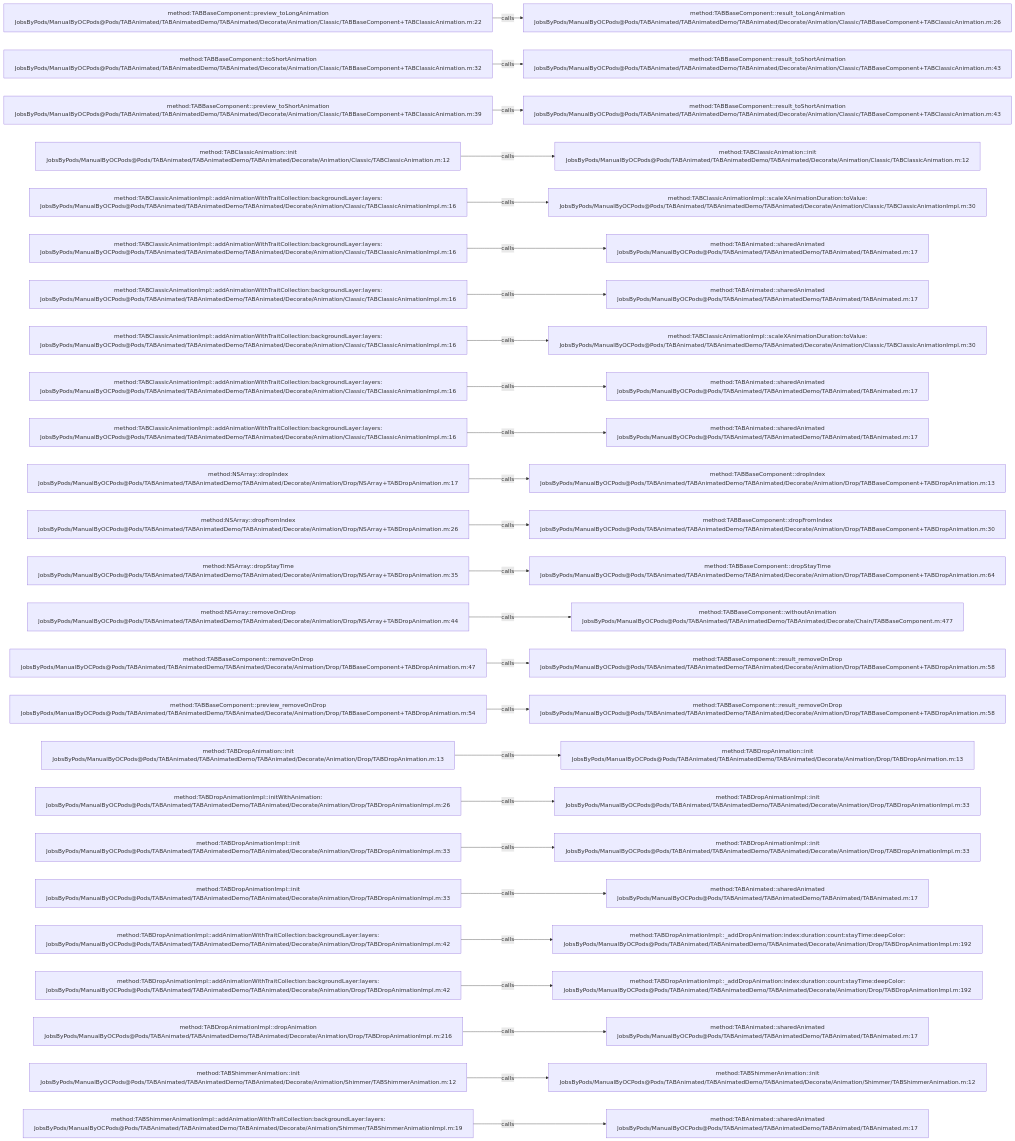
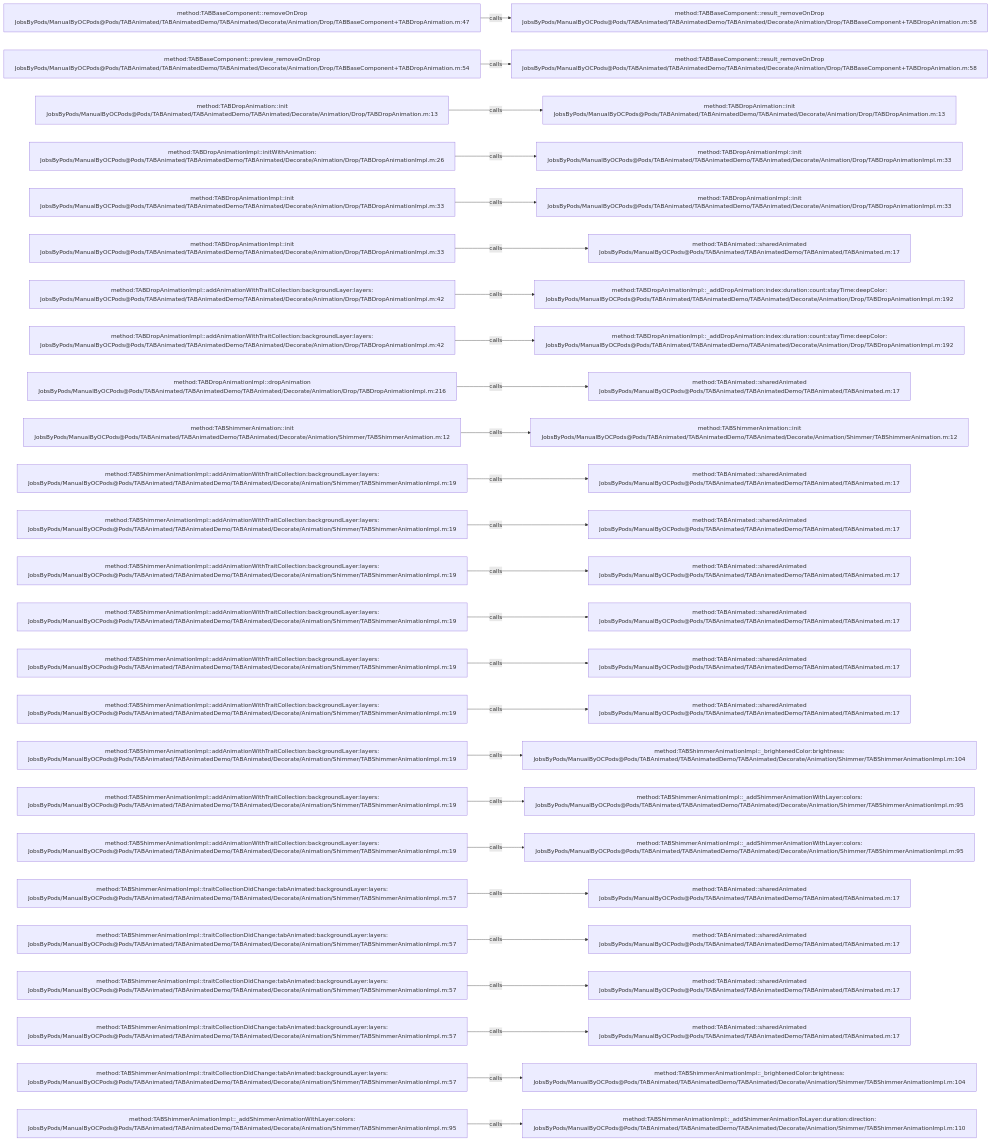
One commit to JobsKits/JobsOCBaseConfigDemo changed the diagram in .codegraph/codegraph.md/graphs/calls-030.md. Above: the diagram before and after it, drawn with Mermaid. The commit also changed 296 other files, not shown here.

````diff
--- a/.codegraph/codegraph.md/graphs/calls-030.md
+++ b/.codegraph/codegraph.md/graphs/calls-030.md
@@ -13,78 +13,78 @@
 ```mermaid
 flowchart LR
-  S1["method:TABBaseComponent::preview_toLongAnimation<br/>JobsByPods/ManualByOCPods@Pods/TABAnimated/TABAnimatedDemo/TABAnimated/Decorate/Animation/Classic/TABBaseComponent+TABClassicAnimation.m:22"]
-  T1["method:TABBaseComponent::result_toLongAnimation<br/>JobsByPods/ManualByOCPods@Pods/TABAnimated/TABAnimatedDemo/TABAnimated/Decorate/Animation/Classic/TABBaseComponent+TABClassicAnimation.m:26"]
+  S1["method:TABBaseComponent::removeOnDrop<br/>JobsByPods/ManualByOCPods@Pods/TABAnimated/TABAnimatedDemo/TABAnimated/Decorate/Animation/Drop/TABBaseComponent+TABDropAnimation.m:47"]
+  T1["method:TABBaseComponent::result_removeOnDrop<br/>JobsByPods/ManualByOCPods@Pods/TABAnimated/TABAnimatedDemo/TABAnimated/Decorate/Animation/Drop/TABBaseComponent+TABDropAnimation.m:58"]
   S1 -->|calls| T1
-  S2["method:TABBaseComponent::toShortAnimation<br/>JobsByPods/ManualByOCPods@Pods/TABAnimated/TABAnimatedDemo/TABAnimated/Decorate/Animation/Classic/TABBaseComponent+TABClassicAnimation.m:32"]
-  T2["method:TABBaseComponent::result_toShortAnimation<br/>JobsByPods/ManualByOCPods@Pods/TABAnimated/TABAnimatedDemo/TABAnimated/Decorate/Animation/Classic/TABBaseComponent+TABClassicAnimation.m:43"]
+  S2["method:TABBaseComponent::preview_removeOnDrop<br/>JobsByPods/ManualByOCPods@Pods/TABAnimated/TABAnimatedDemo/TABAnimated/Decorate/Animation/Drop/TABBaseComponent+TABDropAnimation.m:54"]
+  T2["method:TABBaseComponent::result_removeOnDrop<br/>JobsByPods/ManualByOCPods@Pods/TABAnimated/TABAnimatedDemo/TABAnimated/Decorate/Animation/Drop/TABBaseComponent+TABDropAnimation.m:58"]
   S2 -->|calls| T2
-  S3["method:TABBaseComponent::preview_toShortAnimation<br/>JobsByPods/ManualByOCPods@Pods/TABAnimated/TABAnimatedDemo/TABAnimated/Decorate/Animation/Classic/TABBaseComponent+TABClassicAnimation.m:39"]
-  T3["method:TABBaseComponent::result_toShortAnimation<br/>JobsByPods/ManualByOCPods@Pods/TABAnimated/TABAnimatedDemo/TABAnimated/Decorate/Animation/Classic/TABBaseComponent+TABClassicAnimation.m:43"]
+  S3["method:TABDropAnimation::init<br/>JobsByPods/ManualByOCPods@Pods/TABAnimated/TABAnimatedDemo/TABAnimated/Decorate/Animation/Drop/TABDropAnimation.m:13"]
+  T3["method:TABDropAnimation::init<br/>JobsByPods/ManualByOCPods@Pods/TABAnimated/TABAnimatedDemo/TABAnimated/Decorate/Animation/Drop/TABDropAnimation.m:13"]
   S3 -->|calls| T3
-  S4["method:TABClassicAnimation::init<br/>JobsByPods/ManualByOCPods@Pods/TABAnimated/TABAnimatedDemo/TABAnimated/Decorate/Animation/Classic/TABClassicAnimation.m:12"]
-  T4["method:TABClassicAnimation::init<br/>JobsByPods/ManualByOCPods@Pods/TABAnimated/TABAnimatedDemo/TABAnimated/Decorate/Animation/Classic/TABClassicAnimation.m:12"]
+  S4["method:TABDropAnimationImpl::initWithAnimation:<br/>JobsByPods/ManualByOCPods@Pods/TABAnimated/TABAnimatedDemo/TABAnimated/Decorate/Animation/Drop/TABDropAnimationImpl.m:26"]
+  T4["method:TABDropAnimationImpl::init<br/>JobsByPods/ManualByOCPods@Pods/TABAnimated/TABAnimatedDemo/TABAnimated/Decorate/Animation/Drop/TABDropAnimationImpl.m:33"]
   S4 -->|calls| T4
-  S5["method:TABClassicAnimationImpl::addAnimationWithTraitCollection:backgroundLayer:layers:<br/>JobsByPods/ManualByOCPods@Pods/TABAnimated/TABAnimatedDemo/TABAnimated/Decorate/Animation/Classic/TABClassicAnimationImpl.m:16"]
-  T5["method:TABClassicAnimationImpl::scaleXAnimationDuration:toValue:<br/>JobsByPods/ManualByOCPods@Pods/TABAnimated/TABAnimatedDemo/TABAnimated/Decorate/Animation/Classic/TABClassicAnimationImpl.m:30"]
+  S5["method:TABDropAnimationImpl::init<br/>JobsByPods/ManualByOCPods@Pods/TABAnimated/TABAnimatedDemo/TABAnimated/Decorate/Animation/Drop/TABDropAnimationImpl.m:33"]
+  T5["method:TABDropAnimationImpl::init<br/>JobsByPods/ManualByOCPods@Pods/TABAnimated/TABAnimatedDemo/TABAnimated/Decorate/Animation/Drop/TABDropAnimationImpl.m:33"]
   S5 -->|calls| T5
-  S6["method:TABClassicAnimationImpl::addAnimationWithTraitCollection:backgroundLayer:layers:<br/>JobsByPods/ManualByOCPods@Pods/TABAnimated/TABAnimatedDemo/TABAnimated/Decorate/Animation/Classic/TABClassicAnimationImpl.m:16"]
+  S6["method:TABDropAnimationImpl::init<br/>JobsByPods/ManualByOCPods@Pods/TABAnimated/TABAnimatedDemo/TABAnimated/Decorate/Animation/Drop/TABDropAnimationImpl.m:33"]
   T6["method:TABAnimated::sharedAnimated<br/>JobsByPods/ManualByOCPods@Pods/TABAnimated/TABAnimatedDemo/TABAnimated/TABAnimated.m:17"]
   S6 -->|calls| T6
-  S7["method:TABClassicAnimationImpl::addAnimationWithTraitCollection:backgroundLayer:layers:<br/>JobsByPods/ManualByOCPods@Pods/TABAnimated/TABAnimatedDemo/TABAnimated/Decorate/Animation/Classic/TABClassicAnimationImpl.m:16"]
-  T7["method:TABAnimated::sharedAnimated<br/>JobsByPods/ManualByOCPods@Pods/TABAnimated/TABAnimatedDemo/TABAnimated/TABAnimated.m:17"]
+  S7["method:TABDropAnimationImpl::addAnimationWithTraitCollection:backgroundLayer:layers:<br/>JobsByPods/ManualByOCPods@Pods/TABAnimated/TABAnimatedDemo/TABAnimated/Decorate/Animation/Drop/TABDropAnimationImpl.m:42"]
+  T7["method:TABDropAnimationImpl::_addDropAnimation:index:duration:count:stayTime:deepColor:<br/>JobsByPods/ManualByOCPods@Pods/TABAnimated/TABAnimatedDemo/TABAnimated/Decorate/Animation/Drop/TABDropAnimationImpl.m:192"]
   S7 -->|calls| T7
-  S8["method:TABClassicAnimationImpl::addAnimationWithTraitCollection:backgroundLayer:layers:<br/>JobsByPods/ManualByOCPods@Pods/TABAnimated/TABAnimatedDemo/TABAnimated/Decorate/Animation/Classic/TABClassicAnimationImpl.m:16"]
-  T8["method:TABClassicAnimationImpl::scaleXAnimationDuration:toValue:<br/>JobsByPods/ManualByOCPods@Pods/TABAnimated/TABAnimatedDemo/TABAnimated/Decorate/Animation/Classic/TABClassicAnimationImpl.m:30"]
+  S8["method:TABDropAnimationImpl::addAnimationWithTraitCollection:backgroundLayer:layers:<br/>JobsByPods/ManualByOCPods@Pods/TABAnimated/TABAnimatedDemo/TABAnimated/Decorate/Animation/Drop/TABDropAnimationImpl.m:42"]
+  T8["method:TABDropAnimationImpl::_addDropAnimation:index:duration:count:stayTime:deepColor:<br/>JobsByPods/ManualByOCPods@Pods/TABAnimated/TABAnimatedDemo/TABAnimated/Decorate/Animation/Drop/TABDropAnimationImpl.m:192"]
   S8 -->|calls| T8
-  S9["method:TABClassicAnimationImpl::addAnimationWithTraitCollection:backgroundLayer:layers:<br/>JobsByPods/ManualByOCPods@Pods/TABAnimated/TABAnimatedDemo/TABAnimated/Decorate/Animation/Classic/TABClassicAnimationImpl.m:16"]
+  S9["method:TABDropAnimationImpl::dropAnimation<br/>JobsByPods/ManualByOCPods@Pods/TABAnimated/TABAnimatedDemo/TABAnimated/Decorate/Animation/Drop/TABDropAnimationImpl.m:216"]
   T9["method:TABAnimated::sharedAnimated<br/>JobsByPods/ManualByOCPods@Pods/TABAnimated/TABAnimatedDemo/TABAnimated/TABAnimated.m:17"]
   S9 -->|calls| T9
-  S10["method:TABClassicAnimationImpl::addAnimationWithTraitCollection:backgroundLayer:layers:<br/>JobsByPods/ManualByOCPods@Pods/TABAnimated/TABAnimatedDemo/TABAnimated/Decorate/Animation/Classic/TABClassicAnimationImpl.m:16"]
-  T10["method:TABAnimated::sharedAnimated<br/>JobsByPods/ManualByOCPods@Pods/TABAnimated/TABAnimatedDemo/TABAnimated/TABAnimated.m:17"]
+  S10["method:TABShimmerAnimation::init<br/>JobsByPods/ManualByOCPods@Pods/TABAnimated/TABAnimatedDemo/TABAnimated/Decorate/Animation/Shimmer/TABShimmerAnimation.m:12"]
+  T10["method:TABShimmerAnimation::init<br/>JobsByPods/ManualByOCPods@Pods/TABAnimated/TABAnimatedDemo/TABAnimated/Decorate/Animation/Shimmer/TABShimmerAnimation.m:12"]
   S10 -->|calls| T10
-  S11["method:NSArray::dropIndex<br/>JobsByPods/ManualByOCPods@Pods/TABAnimated/TABAnimatedDemo/TABAnimated/Decorate/Animation/Drop/NSArray+TABDropAnimation.m:17"]
-  T11["method:TABBaseComponent::dropIndex<br/>JobsByPods/ManualByOCPods@Pods/TABAnimated/TABAnimatedDemo/TABAnimated/Decorate/Animation/Drop/TABBaseComponent+TABDropAnimation.m:13"]
+  S11["method:TABShimmerAnimationImpl::addAnimationWithTraitCollection:backgroundLayer:layers:<br/>JobsByPods/ManualByOCPods@Pods/TABAnimated/TABAnimatedDemo/TABAnimated/Decorate/Animation/Shimmer/TABShimmerAnimationImpl.m:19"]
+  T11["method:TABAnimated::sharedAnimated<br/>JobsByPods/ManualByOCPods@Pods/TABAnimated/TABAnimatedDemo/TABAnimated/TABAnimated.m:17"]
   S11 -->|calls| T11
-  S12["method:NSArray::dropFromIndex<br/>JobsByPods/ManualByOCPods@Pods/TABAnimated/TABAnimatedDemo/TABAnimated/Decorate/Animation/Drop/NSArray+TABDropAnimation.m:26"]
-  T12["method:TABBaseComponent::dropFromIndex<br/>JobsByPods/ManualByOCPods@Pods/TABAnimated/TABAnimatedDemo/TABAnimated/Decorate/Animation/Drop/TABBaseComponent+TABDropAnimation.m:30"]
+  S12["method:TABShimmerAnimationImpl::addAnimationWithTraitCollection:backgroundLayer:layers:<br/>JobsByPods/ManualByOCPods@Pods/TABAnimated/TABAnimatedDemo/TABAnimated/Decorate/Animation/Shimmer/TABShimmerAnimationImpl.m:19"]
+  T12["method:TABAnimated::sharedAnimated<br/>JobsByPods/ManualByOCPods@Pods/TABAnimated/TABAnimatedDemo/TABAnimated/TABAnimated.m:17"]
   S12 -->|calls| T12
-  S13["method:NSArray::dropStayTime<br/>JobsByPods/ManualByOCPods@Pods/TABAnimated/TABAnimatedDemo/TABAnimated/Decorate/Animation/Drop/NSArray+TABDropAnimation.m:35"]
-  T13["method:TABBaseComponent::dropStayTime<br/>JobsByPods/ManualByOCPods@Pods/TABAnimated/TABAnimatedDemo/TABAnimated/Decorate/Animation/Drop/TABBaseComponent+TABDropAnimation.m:64"]
+  S13["method:TABShimmerAnimationImpl::addAnimationWithTraitCollection:backgroundLayer:layers:<br/>JobsByPods/ManualByOCPods@Pods/TABAnimated/TABAnimatedDemo/TABAnimated/Decorate/Animation/Shimmer/TABShimmerAnimationImpl.m:19"]
+  T13["method:TABAnimated::sharedAnimated<br/>JobsByPods/ManualByOCPods@Pods/TABAnimated/TABAnimatedDemo/TABAnimated/TABAnimated.m:17"]
   S13 -->|calls| T13
-  S14["method:NSArray::removeOnDrop<br/>JobsByPods/ManualByOCPods@Pods/TABAnimated/TABAnimatedDemo/TABAnimated/Decorate/Animation/Drop/NSArray+TABDropAnimation.m:44"]
-  T14["method:TABBaseComponent::withoutAnimation<br/>JobsByPods/ManualByOCPods@Pods/TABAnimated/TABAnimatedDemo/TABAnimated/Decorate/Chain/TABBaseComponent.m:477"]
+  S14["method:TABShimmerAnimationImpl::addAnimationWithTraitCollection:backgroundLayer:layers:<br/>JobsByPods/ManualByOCPods@Pods/TABAnimated/TABAnimatedDemo/TABAnimated/Decorate/Animation/Shimmer/TABShimmerAnimationImpl.m:19"]
+  T14["method:TABAnimated::sharedAnimated<br/>JobsByPods/ManualByOCPods@Pods/TABAnimated/TABAnimatedDemo/TABAnimated/TABAnimated.m:17"]
   S14 -->|calls| T14
-  S15["method:TABBaseComponent::removeOnDrop<br/>JobsByPods/ManualByOCPods@Pods/TABAnimated/TABAnimatedDemo/TABAnimated/Decorate/Animation/Drop/TABBaseComponent+TABDropAnimation.m:47"]
-  T15["method:TABBaseComponent::result_removeOnDrop<br/>JobsByPods/ManualByOCPods@Pods/TABAnimated/TABAnimatedDemo/TABAnimated/Decorate/Animation/Drop/TABBaseComponent+TABDropAnimation.m:58"]
+  S15["method:TABShimmerAnimationImpl::addAnimationWithTraitCollection:backgroundLayer:layers:<br/>JobsByPods/ManualByOCPods@Pods/TABAnimated/TABAnimatedDemo/TABAnimated/Decorate/Animation/Shimmer/TABShimmerAnimationImpl.m:19"]
+  T15["method:TABAnimated::sharedAnimated<br/>JobsByPods/ManualByOCPods@Pods/TABAnimated/TABAnimatedDemo/TABAnimated/TABAnimated.m:17"]
   S15 -->|calls| T15
-  S16["method:TABBaseComponent::preview_removeOnDrop<br/>JobsByPods/ManualByOCPods@Pods/TABAnimated/TABAnimatedDemo/TABAnimated/Decorate/Animation/Drop/TABBaseComponent+TABDropAnimation.m:54"]
-  T16["method:TABBaseComponent::result_removeOnDrop<br/>JobsByPods/ManualByOCPods@Pods/TABAnimated/TABAnimatedDemo/TABAnimated/Decorate/Animation/Drop/TABBaseComponent+TABDropAnimation.m:58"]
+  S16["method:TABShimmerAnimationImpl::addAnimationWithTraitCollection:backgroundLayer:layers:<br/>JobsByPods/ManualByOCPods@Pods/TABAnimated/TABAnimatedDemo/TABAnimated/Decorate/Animation/Shimmer/TABShimmerAnimationImpl.m:19"]
+  T16["method:TABAnimated::sharedAnimated<br/>JobsByPods/ManualByOCPods@Pods/TABAnimated/TABAnimatedDemo/TABAnimated/TABAnimated.m:17"]
   S16 -->|calls| T16
-  S17["method:TABDropAnimation::init<br/>JobsByPods/ManualByOCPods@Pods/TABAnimated/TABAnimatedDemo/TABAnimated/Decorate/Animation/Drop/TABDropAnimation.m:13"]
-  T17["method:TABDropAnimation::init<br/>JobsByPods/ManualByOCPods@Pods/TABAnimated/TABAnimatedDemo/TABAnimated/Decorate/Animation/Drop/TABDropAnimation.m:13"]
+  S17["method:TABShimmerAnimationImpl::addAnimationWithTraitCollection:backgroundLayer:layers:<br/>JobsByPods/ManualByOCPods@Pods/TABAnimated/TABAnimatedDemo/TABAnimated/Decorate/Animation/Shimmer/TABShimmerAnimationImpl.m:19"]
+  T17["method:TABShimmerAnimationImpl::_brightenedColor:brightness:<br/>JobsByPods/ManualByOCPods@Pods/TABAnimated/TABAnimatedDemo/TABAnimated/Decorate/Animation/Shimmer/TABShimmerAnimationImpl.m:104"]
   S17 -->|calls| T17
-  S18["method:TABDropAnimationImpl::initWithAnimation:<br/>JobsByPods/ManualByOCPods@Pods/TABAnimated/TABAnimatedDemo/TABAnimated/Decorate/Animation/Drop/TABDropAnimationImpl.m:26"]
-  T18["method:TABDropAnimationImpl::init<br/>JobsByPods/ManualByOCPods@Pods/TABAnimated/TABAnimatedDemo/TABAnimated/Decorate/Animation/Drop/TABDropAnimationImpl.m:33"]
+  S18["method:TABShimmerAnimationImpl::addAnimationWithTraitCollection:backgroundLayer:layers:<br/>JobsByPods/ManualByOCPods@Pods/TABAnimated/TABAnimatedDemo/TABAnimated/Decorate/Animation/Shimmer/TABShimmerAnimationImpl.m:19"]
+  T18["method:TABShimmerAnimationImpl::_addShimmerAnimationWithLayer:colors:<br/>JobsByPods/ManualByOCPods@Pods/TABAnimated/TABAnimatedDemo/TABAnimated/Decorate/Animation/Shimmer/TABShimmerAnimationImpl.m:95"]
   S18 -->|calls| T18
-  S19["method:TABDropAnimationImpl::init<br/>JobsByPods/ManualByOCPods@Pods/TABAnimated/TABAnimatedDemo/TABAnimated/Decorate/Animation/Drop/TABDropAnimationImpl.m:33"]
-  T19["method:TABDropAnimationImpl::init<br/>JobsByPods/ManualByOCPods@Pods/TABAnimated/TABAnimatedDemo/TABAnimated/Decorate/Animation/Drop/TABDropAnimationImpl.m:33"]
+  S19["method:TABShimmerAnimationImpl::addAnimationWithTraitCollection:backgroundLayer:layers:<br/>JobsByPods/ManualByOCPods@Pods/TABAnimated/TABAnimatedDemo/TABAnimated/Decorate/Animation/Shimmer/TABShimmerAnimationImpl.m:19"]
+  T19["method:TABShimmerAnimationImpl::_addShimmerAnimationWithLayer:colors:<br/>JobsByPods/ManualByOCPods@Pods/TABAnimated/TABAnimatedDemo/TABAnimated/Decorate/Animation/Shimmer/TABShimmerAnimationImpl.m:95"]
   S19 -->|calls| T19
-  S20["method:TABDropAnimationImpl::init<br/>JobsByPods/ManualByOCPods@Pods/TABAnimated/TABAnimatedDemo/TABAnimated/Decorate/Animation/Drop/TABDropAnimationImpl.m:33"]
+  S20["method:TABShimmerAnimationImpl::traitCollectionDidChange:tabAnimated:backgroundLayer:layers:<br/>JobsByPods/ManualByOCPods@Pods/TABAnimated/TABAnimatedDemo/TABAnimated/Decorate/Animation/Shimmer/TABShimmerAnimationImpl.m:57"]
   T20["method:TABAnimated::sharedAnimated<br/>JobsByPods/ManualByOCPods@Pods/TABAnimated/TABAnimatedDemo/TABAnimated/TABAnimated.m:17"]
   S20 -->|calls| T20
-  S21["method:TABDropAnimationImpl::addAnimationWithTraitCollection:backgroundLayer:layers:<br/>JobsByPods/ManualByOCPods@Pods/TABAnimated/TABAnimatedDemo/TABAnimated/Decorate/Animation/Drop/TABDropAnimationImpl.m:42"]
-  T21["method:TABDropAnimationImpl::_addDropAnimation:index:duration:count:stayTime:deepColor:<br/>JobsByPods/ManualByOCPods@Pods/TABAnimated/TABAnimatedDemo/TABAnimated/Decorate/Animation/Drop/TABDropAnimationImpl.m:192"]
+  S21["method:TABShimmerAnimationImpl::traitCollectionDidChange:tabAnimated:backgroundLayer:layers:<br/>JobsByPods/ManualByOCPods@Pods/TABAnimated/TABAnimatedDemo/TABAnimated/Decorate/Animation/Shimmer/TABShimmerAnimationImpl.m:57"]
+  T21["method:TABAnimated::sharedAnimated<br/>JobsByPods/ManualByOCPods@Pods/TABAnimated/TABAnimatedDemo/TABAnimated/TABAnimated.m:17"]
   S21 -->|calls| T21
-  S22["method:TABDropAnimationImpl::addAnimationWithTraitCollection:backgroundLayer:layers:<br/>JobsByPods/ManualByOCPods@Pods/TABAnimated/TABAnimatedDemo/TABAnimated/Decorate/Animation/Drop/TABDropAnimationImpl.m:42"]
-  T22["method:TABDropAnimationImpl::_addDropAnimation:index:duration:count:stayTime:deepColor:<br/>JobsByPods/ManualByOCPods@Pods/TABAnimated/TABAnimatedDemo/TABAnimated/Decorate/Animation/Drop/TABDropAnimationImpl.m:192"]
+  S22["method:TABShimmerAnimationImpl::traitCollectionDidChange:tabAnimated:backgroundLayer:layers:<br/>JobsByPods/ManualByOCPods@Pods/TABAnimated/TABAnimatedDemo/TABAnimated/Decorate/Animation/Shimmer/TABShimmerAnimationImpl.m:57"]
+  T22["method:TABAnimated::sharedAnimated<br/>JobsByPods/ManualByOCPods@Pods/TABAnimated/TABAnimatedDemo/TABAnimated/TABAnimated.m:17"]
   S22 -->|calls| T22
-  S23["method:TABDropAnimationImpl::dropAnimation<br/>JobsByPods/ManualByOCPods@Pods/TABAnimated/TABAnimatedDemo/TABAnimated/Decorate/Animation/Drop/TABDropAnimationImpl.m:216"]
+  S23["method:TABShimmerAnimationImpl::traitCollectionDidChange:tabAnimated:backgroundLayer:layers:<br/>JobsByPods/ManualByOCPods@Pods/TABAnimated/TABAnimatedDemo/TABAnimated/Decorate/Animation/Shimmer/TABShimmerAnimationImpl.m:57"]
   T23["method:TABAnimated::sharedAnimated<br/>JobsByPods/ManualByOCPods@Pods/TABAnimated/TABAnimatedDemo/TABAnimated/TABAnimated.m:17"]
   S23 -->|calls| T23
-  S24["method:TABShimmerAnimation::init<br/>JobsByPods/ManualByOCPods@Pods/TABAnimated/TABAnimatedDemo/TABAnimated/Decorate/Animation/Shimmer/TABShimmerAnimation.m:12"]
-  T24["method:TABShimmerAnimation::init<br/>JobsByPods/ManualByOCPods@Pods/TABAnimated/TABAnimatedDemo/TABAnimated/Decorate/Animation/Shimmer/TABShimmerAnimation.m:12"]
+  S24["method:TABShimmerAnimationImpl::traitCollectionDidChange:tabAnimated:backgroundLayer:layers:<br/>JobsByPods/ManualByOCPods@Pods/TABAnimated/TABAnimatedDemo/TABAnimated/Decorate/Animation/Shimmer/TABShimmerAnimationImpl.m:57"]
+  T24["method:TABShimmerAnimationImpl::_brightenedColor:brightness:<br/>JobsByPods/ManualByOCPods@Pods/TABAnimated/TABAnimatedDemo/TABAnimated/Decorate/Animation/Shimmer/TABShimmerAnimationImpl.m:104"]
   S24 -->|calls| T24
-  S25["method:TABShimmerAnimationImpl::addAnimationWithTraitCollection:backgroundLayer:layers:<br/>JobsByPods/ManualByOCPods@Pods/TABAnimated/TABAnimatedDemo/TABAnimated/Decorate/Animation/Shimmer/TABShimmerAnimationImpl.m:19"]
-  T25["method:TABAnimated::sharedAnimated<br/>JobsByPods/ManualByOCPods@Pods/TABAnimated/TABAnimatedDemo/TABAnimated/TABAnimated.m:17"]
+  S25["method:TABShimmerAnimationImpl::_addShimmerAnimationWithLayer:colors:<br/>JobsByPods/ManualByOCPods@Pods/TABAnimated/TABAnimatedDemo/TABAnimated/Decorate/Animation/Shimmer/TABShimmerAnimationImpl.m:95"]
+  T25["method:TABShimmerAnimationImpl::_addShimmerAnimationToLayer:duration:direction:<br/>JobsByPods/ManualByOCPods@Pods/TABAnimated/TABAnimatedDemo/TABAnimated/Decorate/Animation/Shimmer/TABShimmerAnimationImpl.m:110"]
   S25 -->|calls| T25
 ```
````
